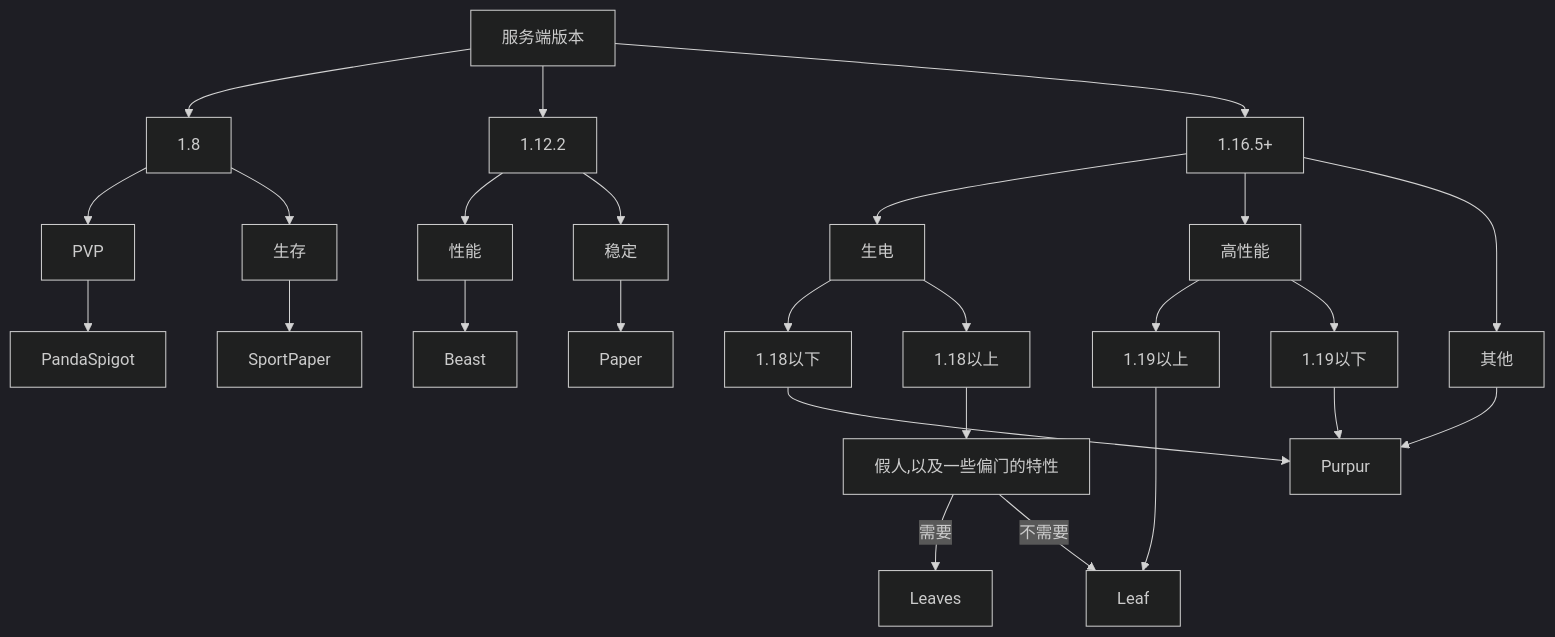
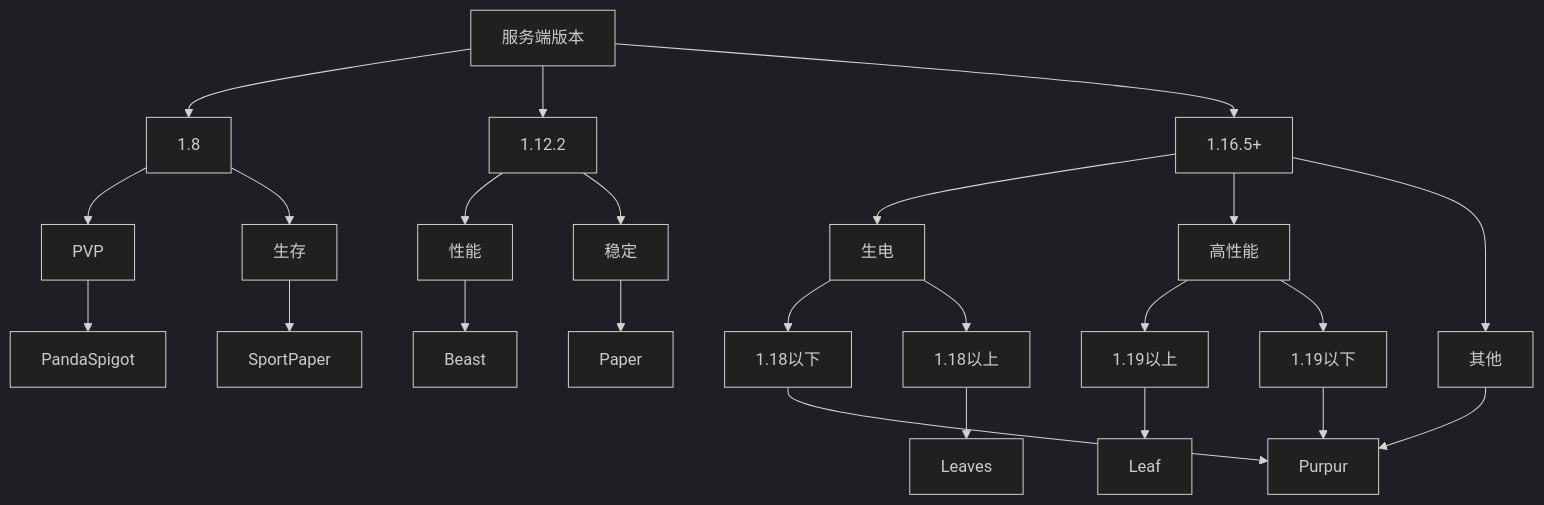
Before and after one commit to postyizhan/NitWikit: the diagram in docs-java/start/server-core-choose.md, drawn with Mermaid (dark theme). The commit also changed other lines of this file, not shown here.

````diff
--- a/docs-java/start/server-core-choose.md
+++ b/docs-java/start/server-core-choose.md
@@ -56,29 +56,27 @@
 ```mermaid
 flowchart TD
     A[服务端版本]
     A --> 1.8
     A --> 1.12.2
     A --> 1.16.5+
     1.8 --> PVP
     PVP --> PandaSpigot
     1.8 --> 生存
     生存 --> SportPaper
     1.12.2 --> 性能
     性能 --> Beast
     1.12.2 --> 稳定
     稳定 --> Paper
     1.16.5+ --> 生电
     生电 --> 1.18以下
     生电 --> 1.18以上
     1.18以下 --> Purpur
-    1.18以上 --> 假人,以及一些偏门的特性
-    假人,以及一些偏门的特性 -->|需要| Leaves
-    假人,以及一些偏门的特性 -->|不需要| Leaf
+    1.18以上 --> Leaves
     1.16.5+ --> 高性能
     高性能 --> 1.19以上
     1.19以上 --> Leaf
     高性能 --> 1.19以下
     1.19以下 --> Purpur
     1.16.5+ --> 其他
     其他 --> Purpur
 ```
````
